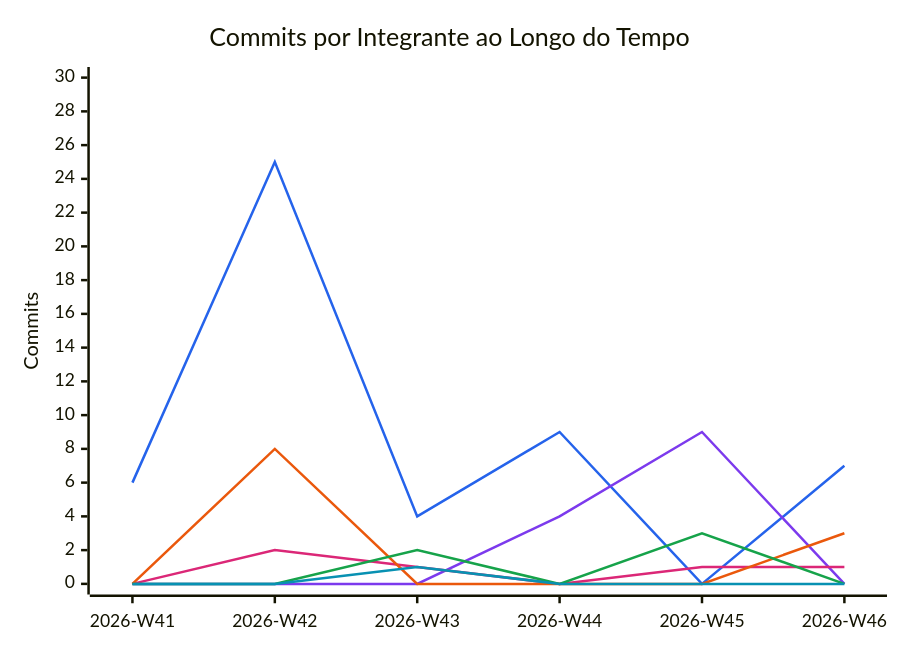
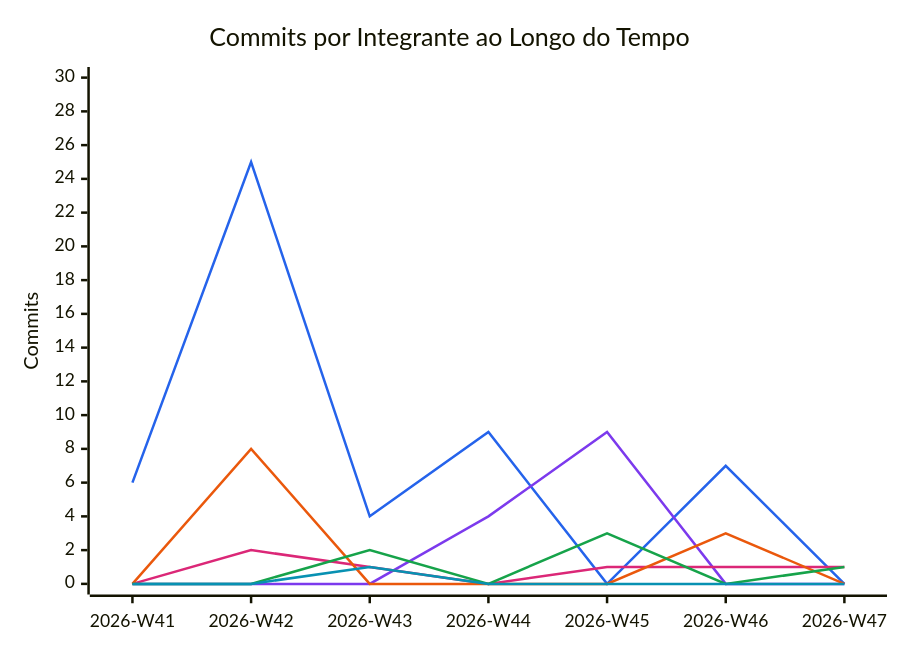
One commit to FCTE-Qualidade-de-Software-1/2026-2_T01_FRANS_BILAS changed the diagram in documentation/snippets/management/commit-velocity.mmd. Above: the diagram before and after it, drawn with Mermaid. The commit also changed 6 other files, not shown here.

```diff
--- a/documentation/snippets/management/commit-velocity.mmd
+++ b/documentation/snippets/management/commit-velocity.mmd
@@ -1,11 +1,11 @@
 %%{init: {"themeVariables": {"xyChart": {"plotColorPalette": "#2563eb, #7c3aed, #db2777, #ea580c, #16a34a, #0891b2"}}}}%%
 xychart-beta
     title "Commits por Integrante ao Longo do Tempo"
-    x-axis ["2026-W41", "2026-W42", "2026-W43", "2026-W44", "2026-W45", "2026-W46"]
+    x-axis ["2026-W41", "2026-W42", "2026-W43", "2026-W44", "2026-W45", "2026-W46", "2026-W47"]
     y-axis "Commits" 0 --> 30
-    line [6, 25, 4, 9, 0, 7]
-    line [0, 0, 0, 4, 9, 0]
-    line [0, 2, 1, 0, 1, 1]
-    line [0, 8, 0, 0, 0, 3]
-    line [0, 0, 2, 0, 3, 0]
-    line [0, 0, 1, 0, 0, 0]
+    line [6, 25, 4, 9, 0, 7, 0]
+    line [0, 0, 0, 4, 9, 0, 0]
+    line [0, 2, 1, 0, 1, 1, 1]
+    line [0, 8, 0, 0, 0, 3, 0]
+    line [0, 0, 2, 0, 3, 0, 1]
+    line [0, 0, 1, 0, 0, 0, 0]
```
